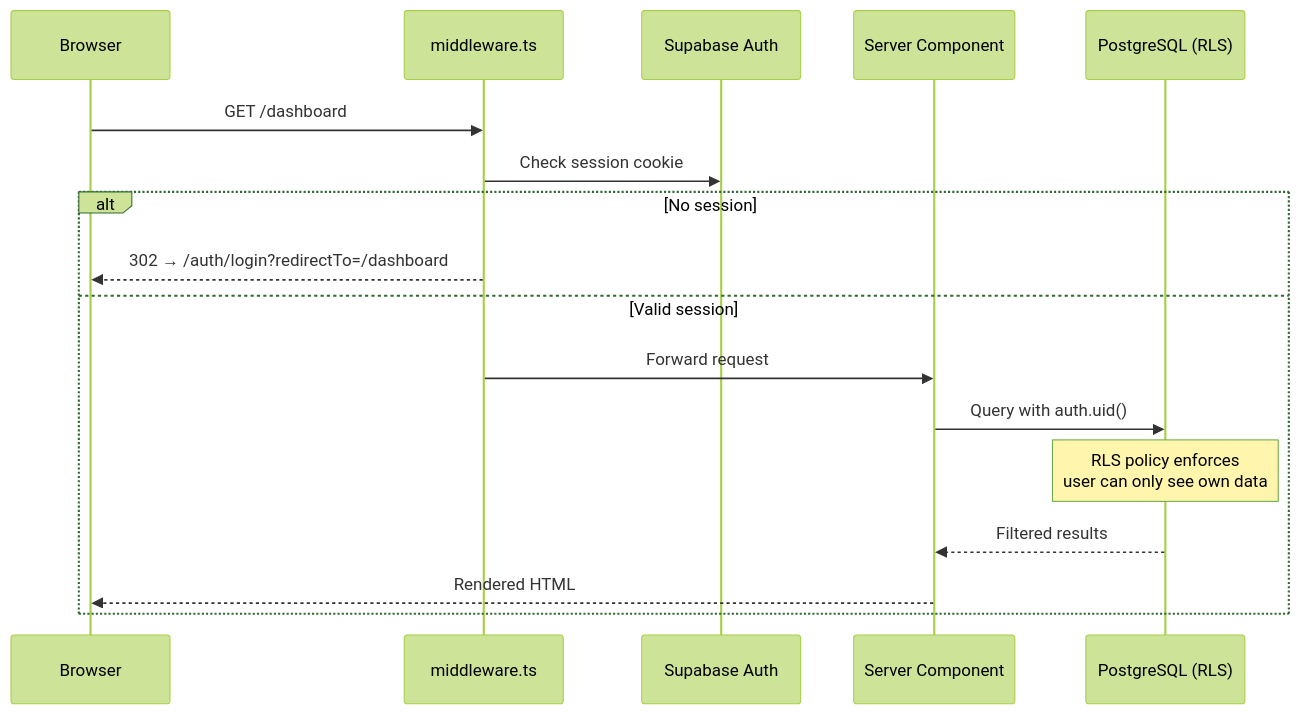
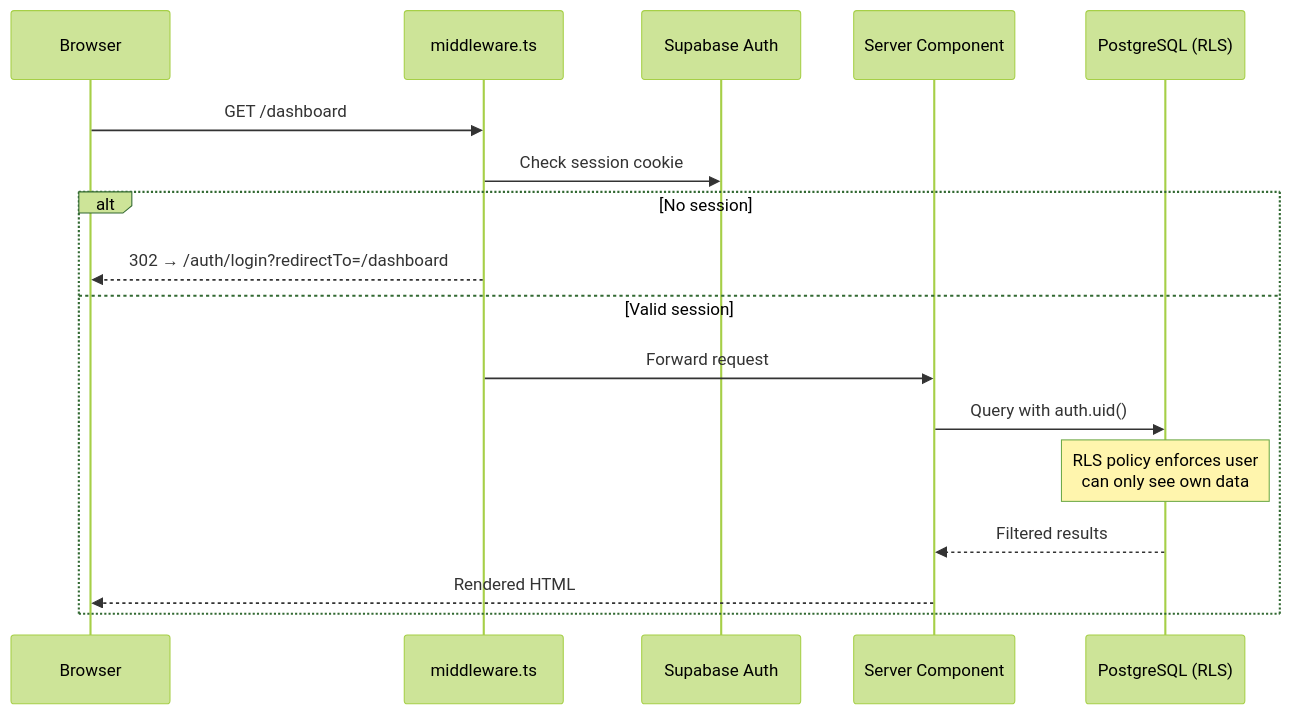
The third of 6 diagrams in docs/architecture/overview.md (vishalm/OffplanIQ), drawn with Mermaid (forest theme) before and after one commit. The commit also changed other lines of this file and 5 other files, not shown here.

First line of the commit message:
Fix Mermaid diagrams across all docs for GitHub rendering

````diff
--- a/docs/architecture/overview.md
+++ b/docs/architecture/overview.md
@@ -144,20 +152,20 @@
 ```mermaid
 sequenceDiagram
     participant B as Browser
     participant MW as middleware.ts
     participant SA as Supabase Auth
     participant SC as Server Component
     participant DB as PostgreSQL (RLS)
 
     B->>MW: GET /dashboard
     MW->>SA: Check session cookie
     alt No session
         MW-->>B: 302 → /auth/login?redirectTo=/dashboard
     else Valid session
         MW->>SC: Forward request
         SC->>DB: Query with auth.uid()
-        Note over DB: RLS policy enforces<br/>user can only see own data
+        Note over DB: RLS policy enforces user<br/>can only see own data
         DB-->>SC: Filtered results
         SC-->>B: Rendered HTML
     end
 ```
````
